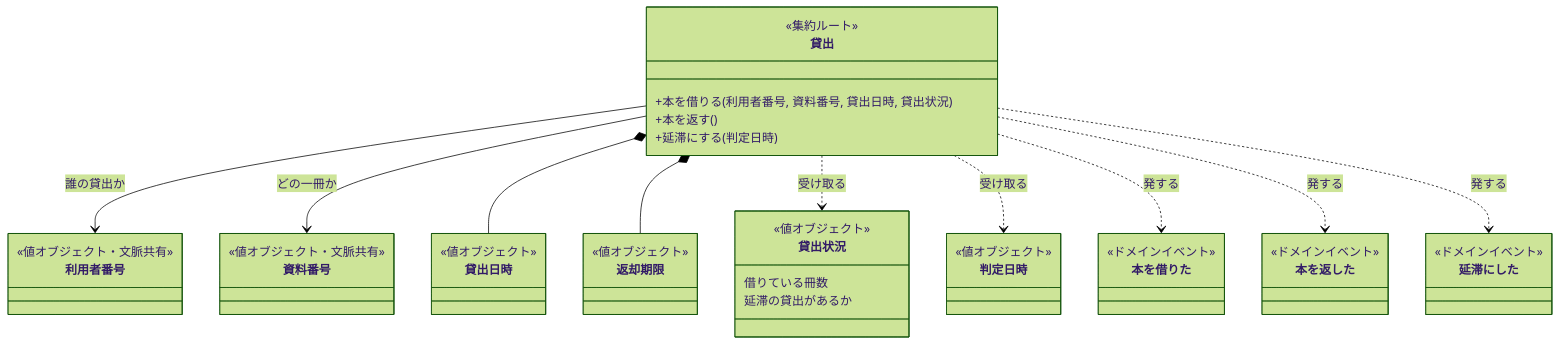
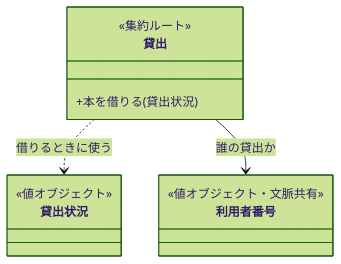
One commit to nakamori-naoya/write-doc-plugins changed the diagram in plugins/write-doc/skills/write-doc/assets/examples/domain-model.example.md. Above: the diagram before and after it, drawn with Mermaid (forest theme). The commit also changed other lines of this file and 11 other files, not shown here.

````diff
--- a/plugins/write-doc/skills/write-doc/assets/examples/domain-model.example.md
+++ b/plugins/write-doc/skills/write-doc/assets/examples/domain-model.example.md
@@ -7,47 +7,15 @@
 ```mermaid
 classDiagram
     class Loan["貸出"] {
         <<集約ルート>>
-        +本を借りる(利用者番号, 資料番号, 貸出日時, 貸出状況)
-        +本を返す()
-        +延滞にする(判定日時)
+        +本を借りる(貸出状況)
+    }
+    class BorrowerStanding["貸出状況"] {
+        <<値オブジェクト>>
     }
     class UserNumber["利用者番号"] {
         <<値オブジェクト・文脈共有>>
     }
-    class BookNumber["資料番号"] {
-        <<値オブジェクト・文脈共有>>
-    }
-    class LentAt["貸出日時"] {
-        <<値オブジェクト>>
-    }
-    class DueDate["返却期限"] {
-        <<値オブジェクト>>
-    }
-    class CheckedAt["判定日時"] {
-        <<値オブジェクト>>
-    }
-    class BorrowerStanding["貸出状況"] {
-        <<値オブジェクト>>
-        借りている冊数
-        延滞の貸出があるか
-    }
-    class LoanLent["本を借りた"] {
-        <<ドメインイベント>>
-    }
-    class LoanReturned["本を返した"] {
-        <<ドメインイベント>>
-    }
-    class LoanMarkedOverdue["延滞にした"] {
-        <<ドメインイベント>>
-    }
+    Loan ..> BorrowerStanding : 借りるときに使う
     Loan --> UserNumber : 誰の貸出か
-    Loan --> BookNumber : どの一冊か
-    Loan *-- LentAt
-    Loan *-- DueDate
-    Loan ..> BorrowerStanding : 受け取る
-    Loan ..> CheckedAt : 受け取る
-    Loan ..> LoanLent : 発する
-    Loan ..> LoanReturned : 発する
-    Loan ..> LoanMarkedOverdue : 発する
 ```
````
